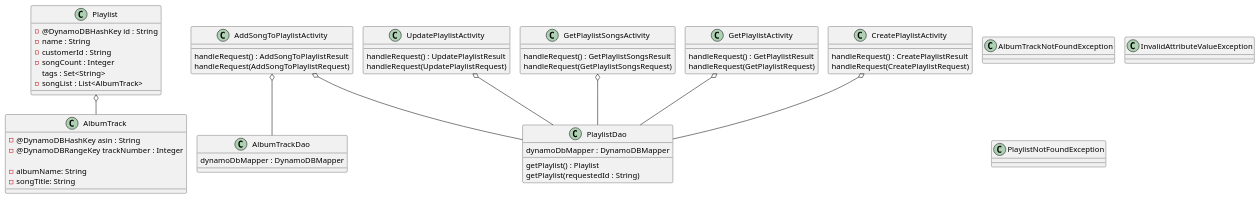
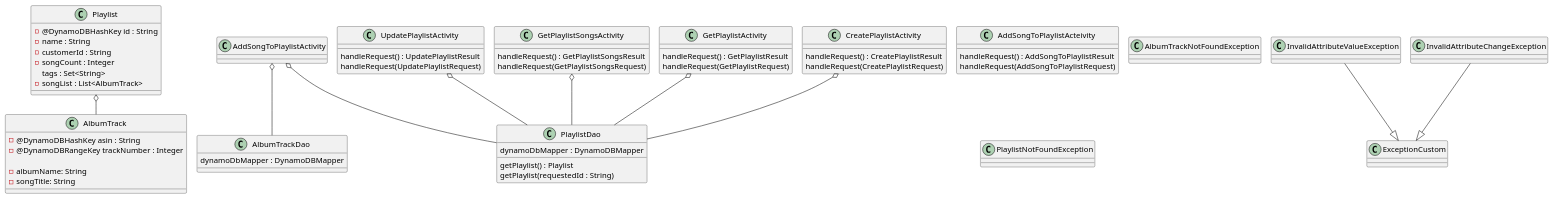
The diagram in src/resources/mastery-task1-music-playlist-CD.puml (gititjordan/music-playlist-service), drawn with PlantUML before and after one commit. The commit also changed 11 other files, not shown here.

```diff
--- a/src/resources/mastery-task1-music-playlist-CD.puml
+++ b/src/resources/mastery-task1-music-playlist-CD.puml
@@ -1,81 +1,92 @@
 @startuml
 !pragma layout smetana
 
 class AlbumTrack {
 -@DynamoDBHashKey asin : String
 -@DynamoDBRangeKey trackNumber : Integer
 
 - albumName: String
 - songTitle: String
 }
 
 class AlbumTrackDao {
 dynamoDbMapper : DynamoDBMapper
 }
 
 class Playlist {
 -@DynamoDBHashKey id : String
 -name : String
 -customerId : String
 -songCount : Integer
 tags : Set<String>
 -songList : List<AlbumTrack>
 }
 
 class PlaylistDao {
 dynamoDbMapper : DynamoDBMapper
 getPlaylist() : Playlist
 getPlaylist(requestedId : String)
 }
 
 class UpdatePlaylistActivity {
 handleRequest() : UpdatePlaylistResult
 handleRequest(UpdatePlaylistRequest)
 }
 
 class GetPlaylistSongsActivity {
 handleRequest() : GetPlaylistSongsResult
 handleRequest(GetPlaylistSongsRequest)
 }
 
 class GetPlaylistActivity {
 handleRequest() : GetPlaylistResult
 handleRequest(GetPlaylistRequest)
 }
 
 class CreatePlaylistActivity {
 handleRequest() : CreatePlaylistResult
 handleRequest(CreatePlaylistRequest)
 }
 
-class AddSongToPlaylistActivity {
+class AddSongToPlaylistActeivity {
 handleRequest() : AddSongToPlaylistResult
 handleRequest(AddSongToPlaylistRequest)
 }
 
 class AlbumTrackNotFoundException {
 
 }
 
 class InvalidAttributeValueException {
 
 }
 
 class PlaylistNotFoundException {
 
 }
 
+class InvalidAttributeChangeException {
+
+}
+
+class ExceptionCustom {
+
+}
+
+ InvalidAttributeChangeException  --|> ExceptionCustom
+ InvalidAttributeValueException --|> ExceptionCustom
+
  GetPlaylistSongsActivity o-- PlaylistDao
  AddSongToPlaylistActivity o-- AlbumTrackDao
  CreatePlaylistActivity o-- PlaylistDao
  AddSongToPlaylistActivity o-- PlaylistDao
  GetPlaylistActivity o-- PlaylistDao
  UpdatePlaylistActivity o-- PlaylistDao
  Playlist o-- AlbumTrack
 
 
 
 
 
 
 @enduml
```
